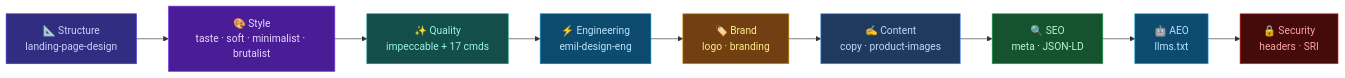
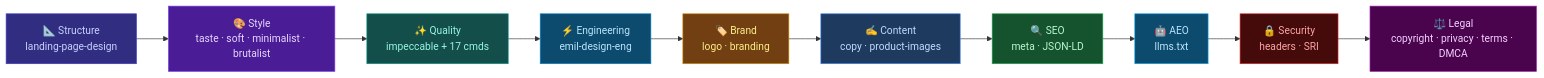
The second of 2 diagrams in README.md (AnanyaBanerjee/front-end-tech), drawn with Mermaid before and after one commit. The commit also changed other lines of this file and 5 other files, not shown here.

First line of the commit message:
Add legal protection skill — copyright, privacy, terms, DMCA, NoAI

````diff
--- a/README.md
+++ b/README.md
@@ -74,24 +75,27 @@
 ```mermaid
 flowchart LR
     A["📐 Structure\nlanding-page-design"]
     B["🎨 Style\ntaste · soft · minimalist · brutalist"]
     C["✨ Quality\nimpeccable + 17 cmds"]
     D["⚡ Engineering\nemil-design-eng"]
     E["🏷️ Brand\nlogo · branding"]
     F["✍️ Content\ncopy · product-images"]
     G["🔍 SEO\nmeta · JSON-LD"]
     H["🤖 AEO\nllms.txt"]
     I["🔒 Security\nheaders · SRI"]
 
     A --> B --> C --> D --> E --> F --> G --> H --> I
 
     style A fill:#312e81,color:#c7d2fe,stroke:#4338ca
     style B fill:#4a1d96,color:#e9d5ff,stroke:#7c3aed
     style C fill:#134e4a,color:#99f6e4,stroke:#0d9488
     style D fill:#0c4a6e,color:#bae6fd,stroke:#0284c7
     style E fill:#713f12,color:#fef08a,stroke:#ca8a04
     style F fill:#1e3a5f,color:#bfdbfe,stroke:#3b82f6
     style G fill:#14532d,color:#bbf7d0,stroke:#16a34a
     style H fill:#0c4a6e,color:#bae6fd,stroke:#0ea5e9
     style I fill:#450a0a,color:#fca5a5,stroke:#dc2626
+    J["⚖️ Legal\ncopyright · privacy · terms · DMCA"]
+    I --> J
+    style J fill:#4a044e,color:#f5d0fe,stroke:#a21caf
 ```
````
